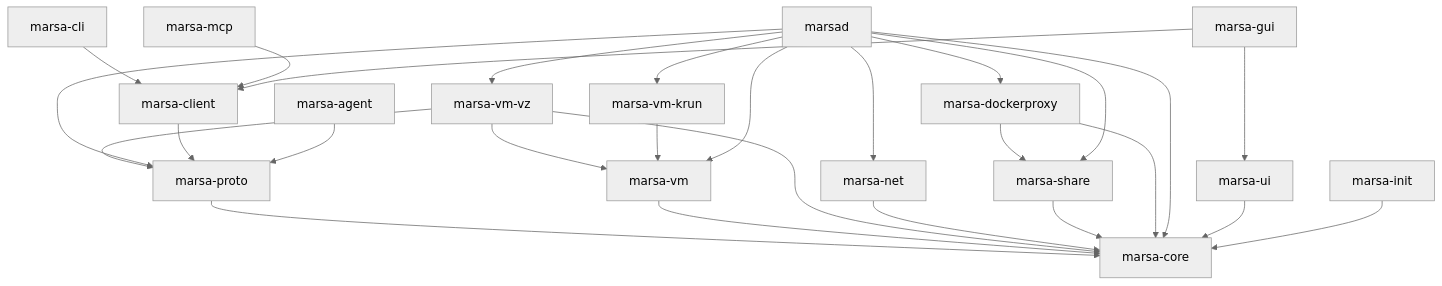
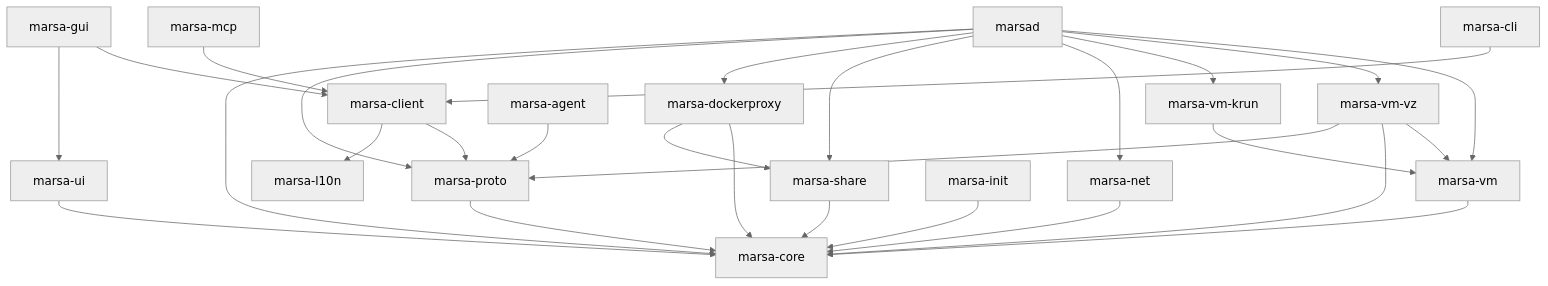
One commit to nasraldin/marsa changed the fifth of 5 diagrams in docs/02-architecture-overview.md. Above: the diagram before and after it, drawn with Mermaid (neutral theme). The commit also changed other lines of this file and 17 other files, not shown here.

````diff
--- a/docs/02-architecture-overview.md
+++ b/docs/02-architecture-overview.md
@@ -208,46 +209,48 @@
 ```mermaid
 flowchart TD
     core["marsa-core"]
     proto["marsa-proto"]
     vm["marsa-vm"]
     vz["marsa-vm-vz"]
     krun["marsa-vm-krun"]
     net["marsa-net"]
     share["marsa-share"]
     dproxy["marsa-dockerproxy"]
     d["marsad"]
+    l10n["marsa-l10n"]
     client["marsa-client"]
     cli["marsa-cli"]
     mcp["marsa-mcp"]
     ui["marsa-ui"]
     gui["marsa-gui"]
     agent["marsa-agent"]
     init["marsa-init"]
 
     proto --> core
     vm --> core
     vz --> vm
     vz --> core
     vz --> proto
     krun --> vm
     net --> core
     share --> core
     dproxy --> core
     dproxy --> share
     d --> vm
     d --> vz
     d --> krun
     d --> net
     d --> share
     d --> dproxy
     d --> proto
     d --> core
     client --> proto
+    client --> l10n
     cli --> client
     mcp --> client
     gui --> client
     gui --> ui
     ui --> core
     agent --> proto
     init --> core
 ```
````
